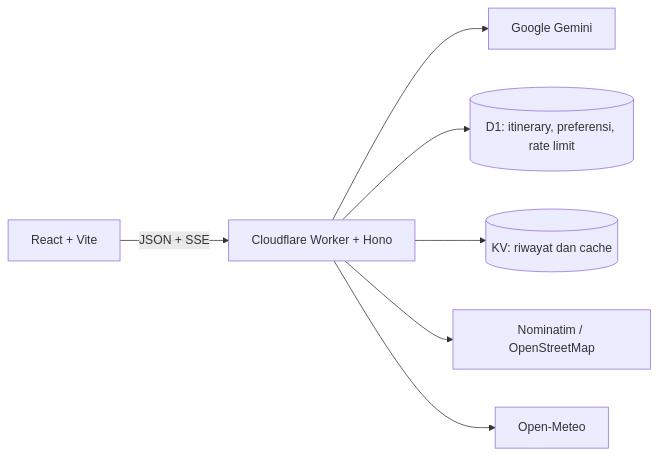
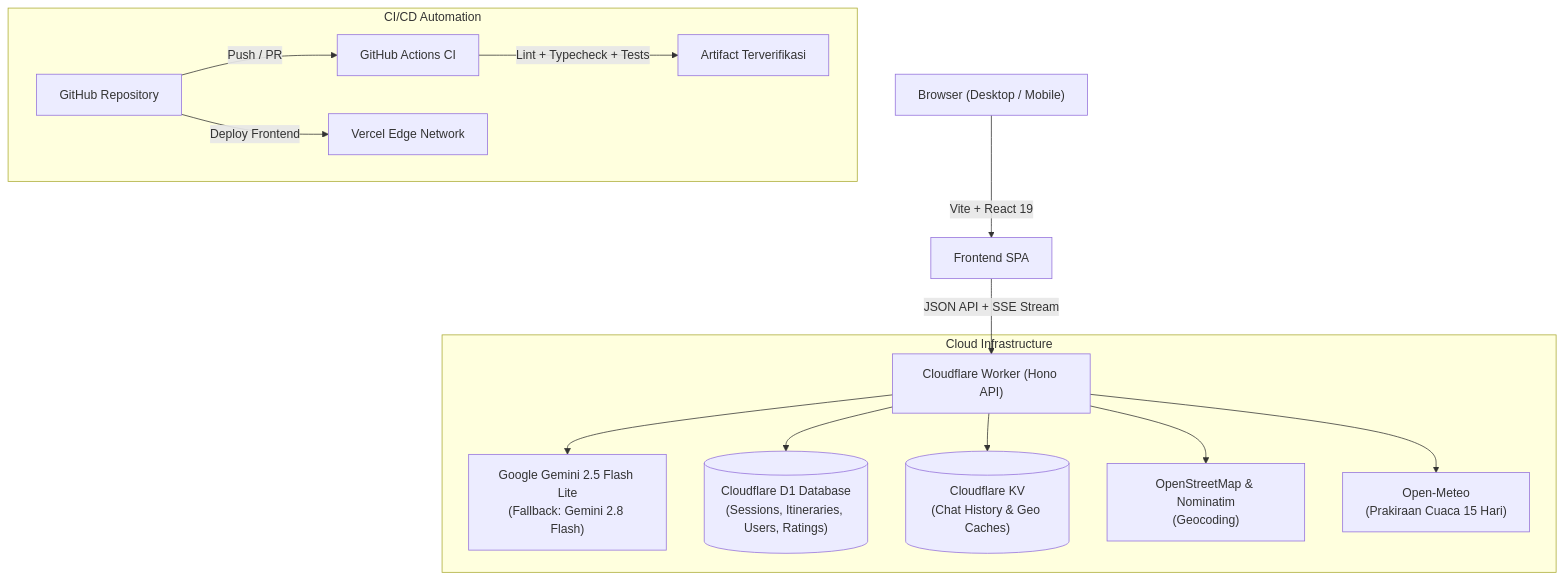
One commit to NAxel-code/AI-Travel-Chatbot changed the diagram in README.md. Above: the diagram before and after it, drawn with Mermaid. The commit also changed other lines of this file and 3 other files, not shown here.

Commit message:
docs(readme): update documentation with latest features, architecture, and authentic UI showcase

````diff
--- a/README.md
+++ b/README.md
@@ -40,9 +73,19 @@
 ```mermaid
-graph LR
-  Browser[React + Vite] -->|JSON + SSE| Worker[Cloudflare Worker + Hono]
-  Worker --> Gemini[Google Gemini]
-  Worker --> D1[(D1: itinerary, preferensi, rate limit)]
-  Worker --> KV[(KV: riwayat dan cache)]
-  Worker --> OSM[Nominatim / OpenStreetMap]
-  Worker --> Weather[Open-Meteo]
+flowchart TD
+    User["Browser (Desktop / Mobile)"] -->|Vite + React 19| SPA["Frontend SPA"]
+    SPA -->|JSON API + SSE Stream| Worker["Cloudflare Worker (Hono API)"]
+    
+    subgraph Cloud Infrastructure
+        Worker --> Gemini["Google Gemini 2.5 Flash Lite\n(Fallback: Gemini 2.8 Flash)"]
+        Worker --> D1[("Cloudflare D1 Database\n(Sessions, Itineraries, Users, Ratings)")]
+        Worker --> KV[("Cloudflare KV\n(Chat History & Geo Caches)")]
+        Worker --> OSM["OpenStreetMap & Nominatim\n(Geocoding)"]
+        Worker --> Weather["Open-Meteo\n(Prakiraan Cuaca 15 Hari)"]
+    end
+
+    subgraph CI/CD Automation
+        GH["GitHub Repository"] -->|Push / PR| GHA["GitHub Actions CI"]
+        GHA -->|Lint + Typecheck + Tests| Verified["Artifact Terverifikasi"]
+        GH -->|Deploy Frontend| Vercel["Vercel Edge Network"]
+    end
 ```
````
